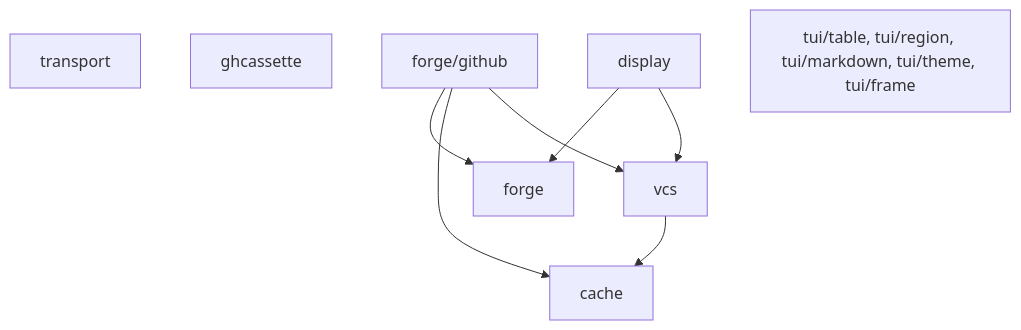
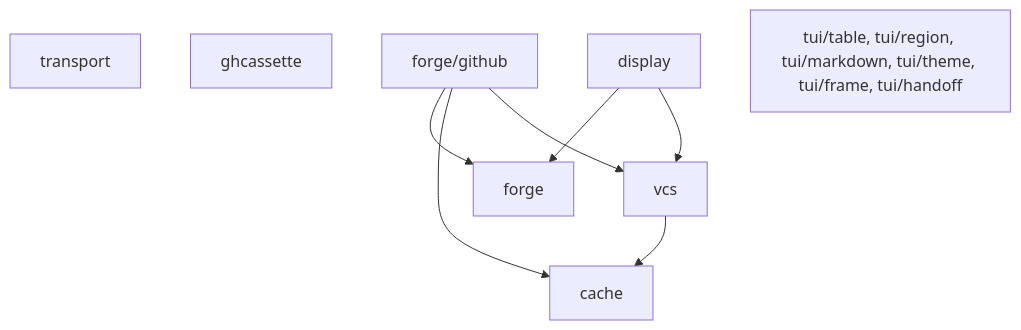
Before and after one commit to KyleKing/aragonite: the diagram in DESIGN.md, drawn with Mermaid. The commit also changed 3 other files, not shown here.

````diff
--- a/DESIGN.md
+++ b/DESIGN.md
@@ -22,15 +22,15 @@
 ```mermaid
 flowchart TD
     cache["cache"]
     transport["transport"]
     ghcassette["ghcassette"]
     vcs["vcs"]
     forge["forge"]
     github["forge/github"]
     display["display"]
-    tui["tui/table, tui/region, tui/markdown, tui/theme, tui/frame"]
+    tui["tui/table, tui/region, tui/markdown, tui/theme, tui/frame, tui/handoff"]
 
     vcs --> cache
     github --> forge & cache & vcs
     display --> forge & vcs
 ```
````
